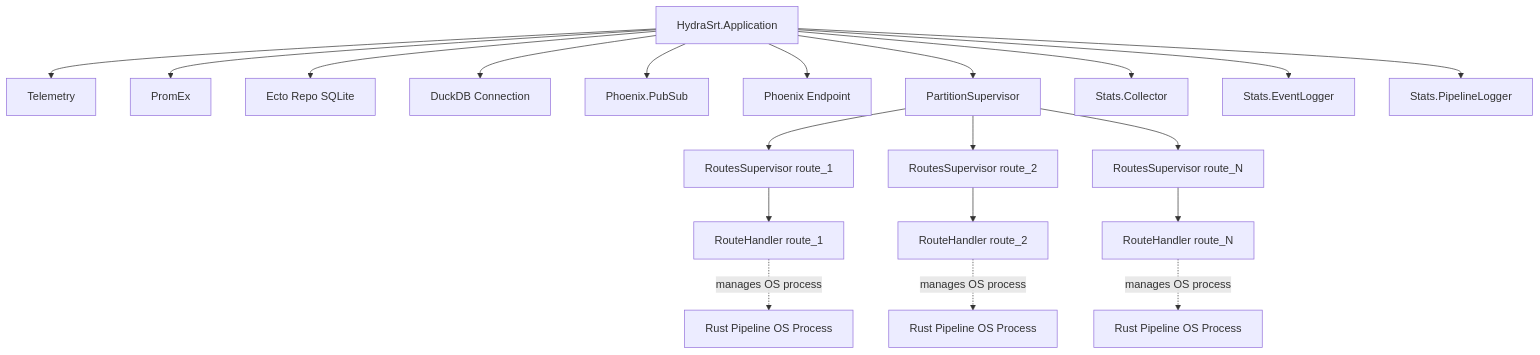
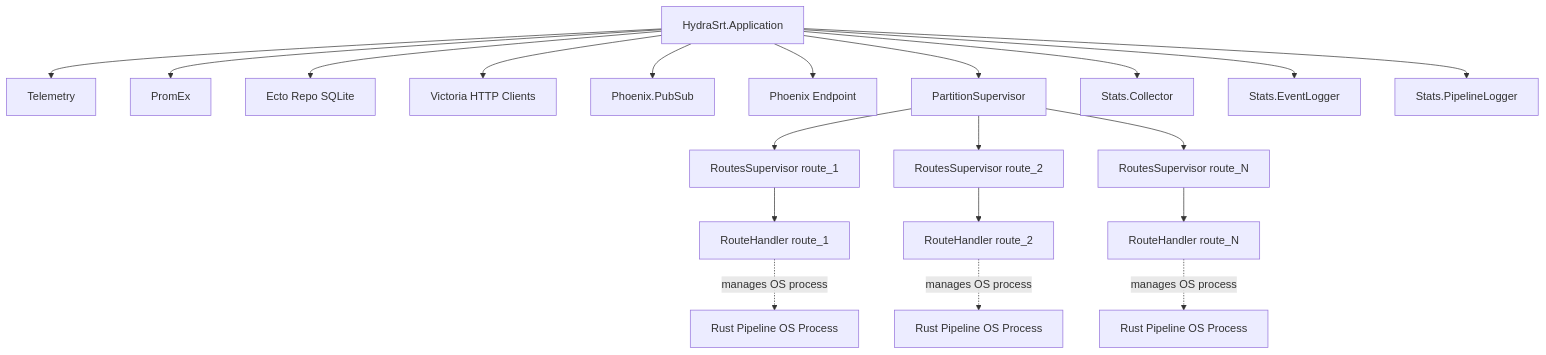
Before and after one commit to abc3/hydra-srt: the first of 2 diagrams in docs/architecture.md, drawn with Mermaid. The commit also changed other lines of this file and 44 other files, not shown here.

````diff
--- a/docs/architecture.md
+++ b/docs/architecture.md
@@ -34,26 +34,26 @@
 ```mermaid
 flowchart TD
     App[HydraSrt.Application]
     App --> Telemetry[Telemetry]
     App --> PromEx[PromEx]
     App --> Repo[Ecto Repo SQLite]
-    App --> AnalyticsDb[DuckDB Connection]
+    App --> Victoria[Victoria HTTP Clients]
     App --> PubSub[Phoenix.PubSub]
     App --> Endpoint[Phoenix Endpoint]
     App --> DynSup[PartitionSupervisor]
     App --> StatsCollector[Stats.Collector]
     App --> EventLogger[Stats.EventLogger]
     App --> PipelineLogger[Stats.PipelineLogger]
     
     DynSup --> RouteSup1[RoutesSupervisor route_1]
     DynSup --> RouteSup2[RoutesSupervisor route_2]
     DynSup --> RouteSup3[RoutesSupervisor route_N]
     
     RouteSup1 --> Handler1[RouteHandler route_1]
     RouteSup2 --> Handler2[RouteHandler route_2]
     RouteSup3 --> Handler3[RouteHandler route_N]
     
     Handler1 -.->|manages OS process| Pipeline1[Rust Pipeline OS Process]
     Handler2 -.->|manages OS process| Pipeline2[Rust Pipeline OS Process]
     Handler3 -.->|manages OS process| Pipeline3[Rust Pipeline OS Process]
 ```
````
